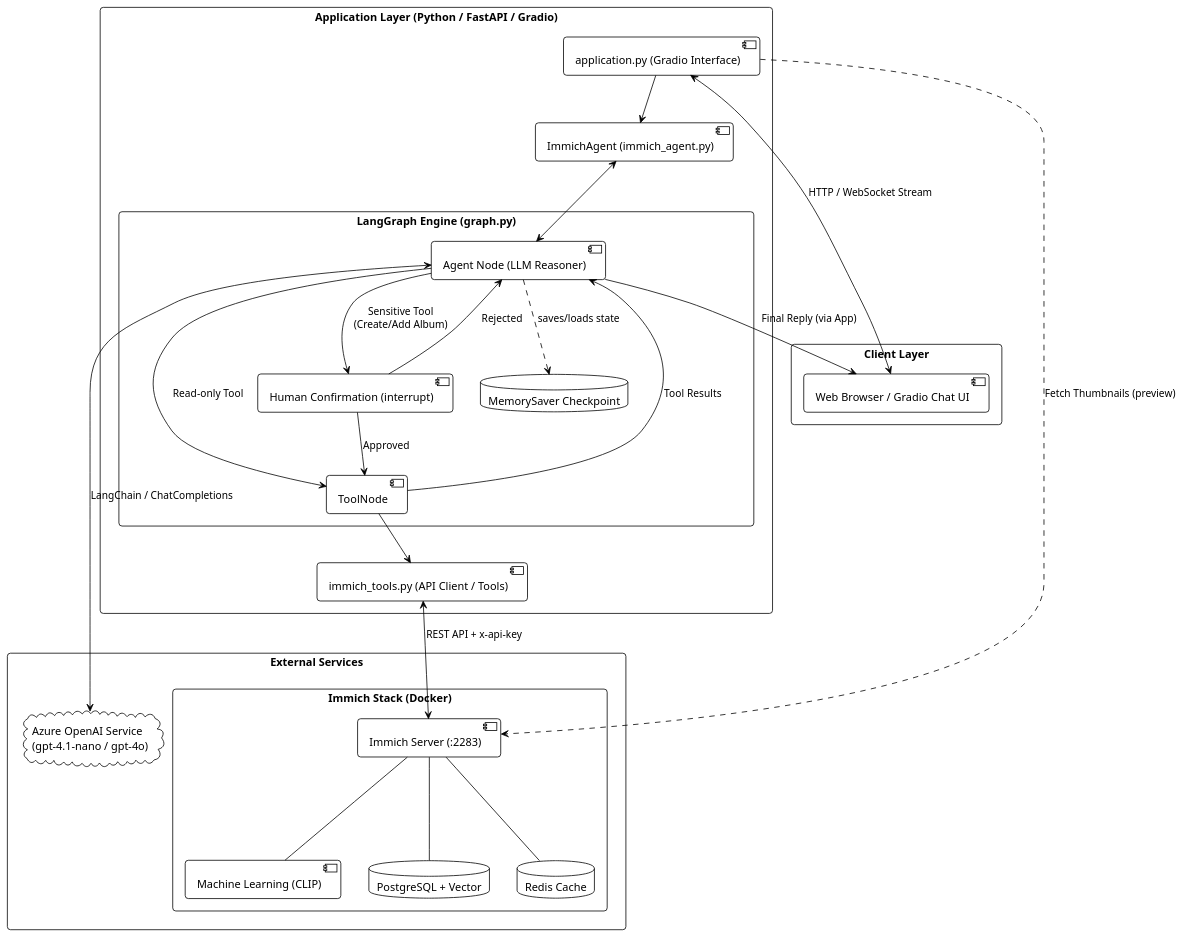
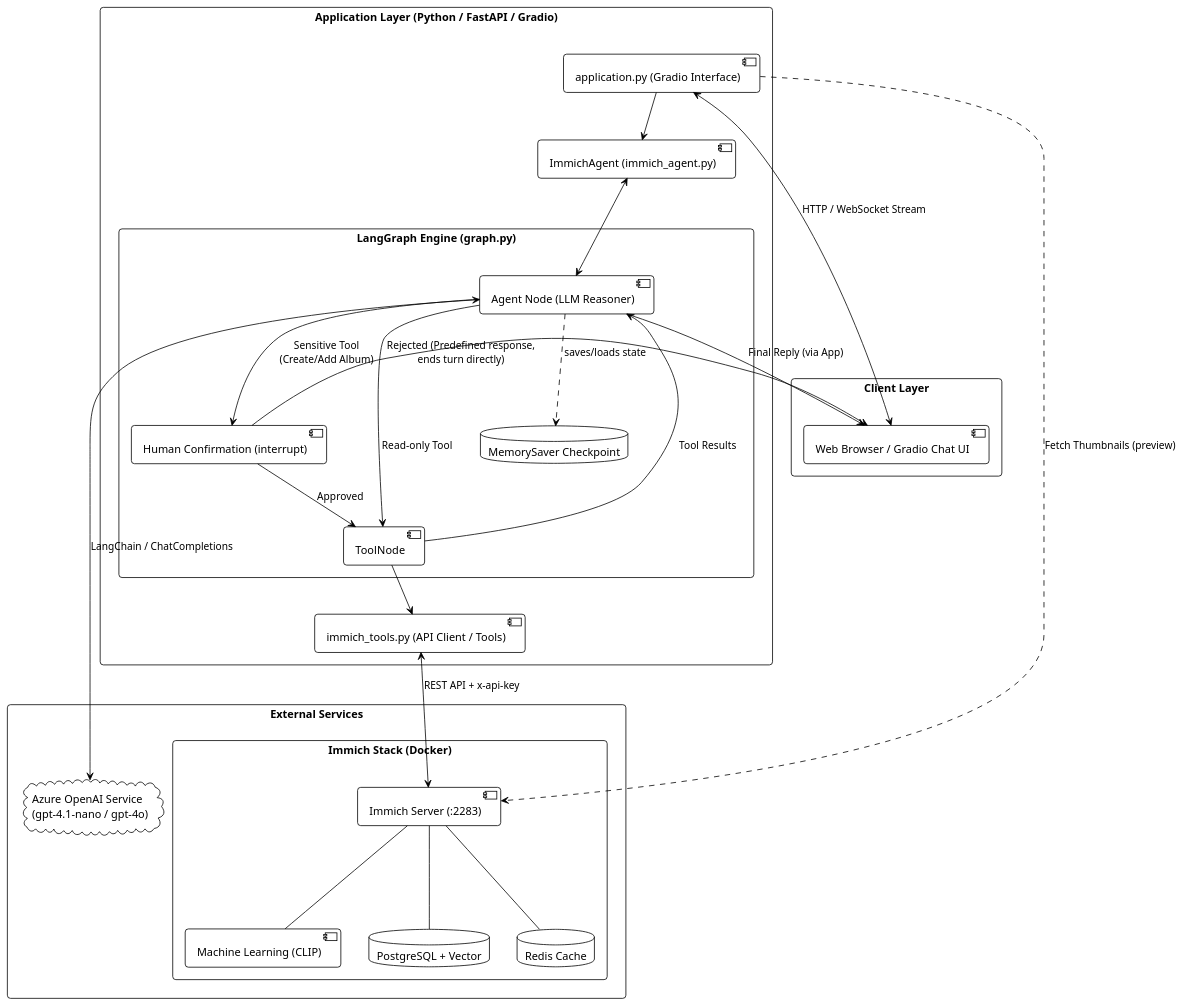
One commit to vasile-iamandi/agentic-photo-organizer changed the diagram in architecture/architecture.puml. Above: the diagram before and after it, drawn with PlantUML. The commit also changed 2 other files, not shown here.

Commit message:
feat(graph): handle action cancellation directly without extra LLM invocation
    - Return a predefined cancellation AIMessage directly to END in human_confirmation_node
    - Avoid unnecessary Azure OpenAI token consumption and delay on user rejection
    - Keep ToolMessage history synchronized for cancelled tool calls
    - Update architecture and message flow PlantUML diagrams accordingly

```diff
--- a/architecture/architecture.puml
+++ b/architecture/architecture.puml
@@ -1,61 +1,61 @@
 @startuml architecture
 !theme plain
 skinparam componentStyle uml2
 skinparam packageStyle rectangle
 skinparam shadowing false
 skinparam roundcorner 8
 
 package "Client Layer" {
     [Web Browser / Gradio Chat UI] as UI
 }
 
 package "Application Layer (Python / FastAPI / Gradio)" {
     [application.py (Gradio Interface)] as App
     [ImmichAgent (immich_agent.py)] as AgentWrapper
     [immich_tools.py (API Client / Tools)] as Tools
     
     package "LangGraph Engine (graph.py)" {
         [Agent Node (LLM Reasoner)] as AgentNode
         [Human Confirmation (interrupt)] as HITLNode
         [ToolNode] as ToolNode
         database "MemorySaver Checkpoint" as Checkpointer
     }
 }
 
 package "External Services" {
     cloud "Azure OpenAI Service\n(gpt-4.1-nano / gpt-4o)" as AzureAI
     
     package "Immich Stack (Docker)" {
         [Immich Server (:2283)] as ImmichAPI
         [Machine Learning (CLIP)] as ImmichML
         database "PostgreSQL + Vector" as ImmichDB
         database "Redis Cache" as ImmichRedis
     }
 }
 
 ' Client & Application connections
 UI <--> App : HTTP / WebSocket Stream
 App --> AgentWrapper
 AgentWrapper <--> AgentNode
 AgentNode ..> Checkpointer : saves/loads state
 
 ' LangGraph internal flow
 AgentNode --> HITLNode : Sensitive Tool\n(Create/Add Album)
 AgentNode --> ToolNode : Read-only Tool
 AgentNode --> UI : Final Reply (via App)
 HITLNode --> ToolNode : Approved
-HITLNode --> AgentNode : Rejected
+HITLNode --> UI : Rejected (Predefined response,\nends turn directly)
 ToolNode --> AgentNode : Tool Results
 
 ' External connections
 AgentNode <--> AzureAI : LangChain / ChatCompletions
 ToolNode --> Tools
 Tools <--> ImmichAPI : REST API + x-api-key
 App ..> ImmichAPI : Fetch Thumbnails (preview)
 
 ' Immich internal connections
 ImmichAPI --- ImmichML
 ImmichAPI --- ImmichDB
 ImmichAPI --- ImmichRedis
 
 @enduml
```
